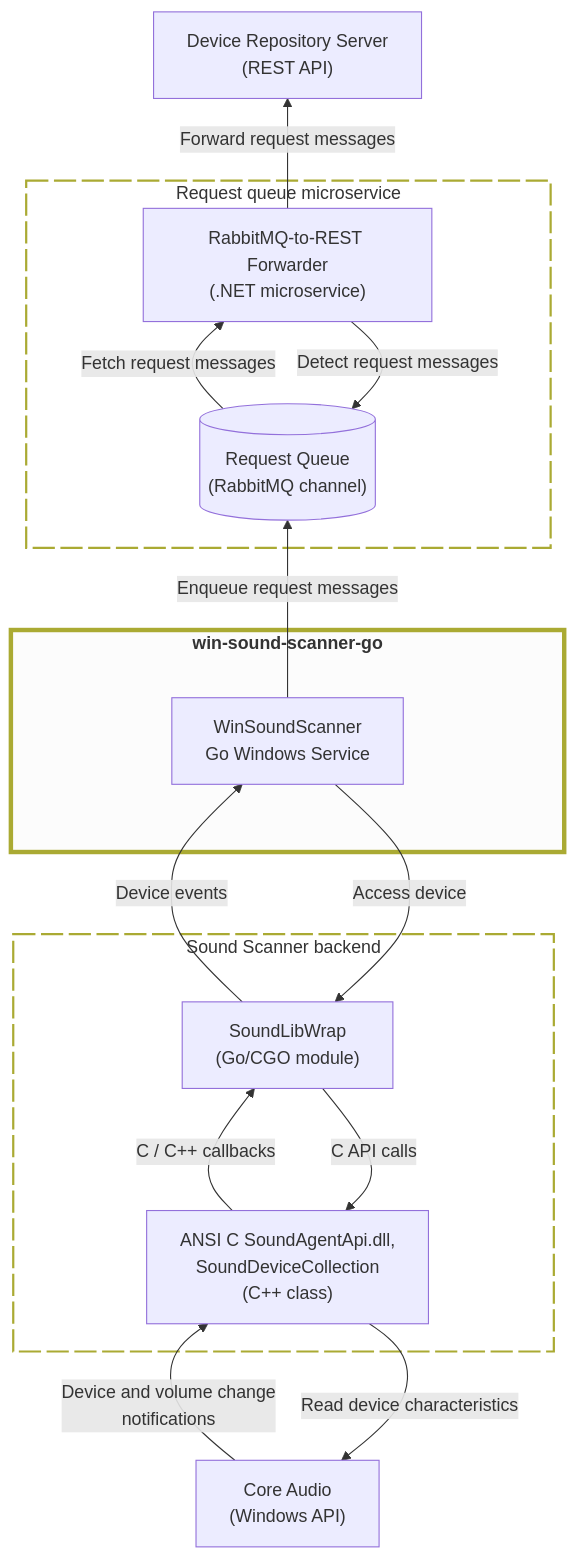
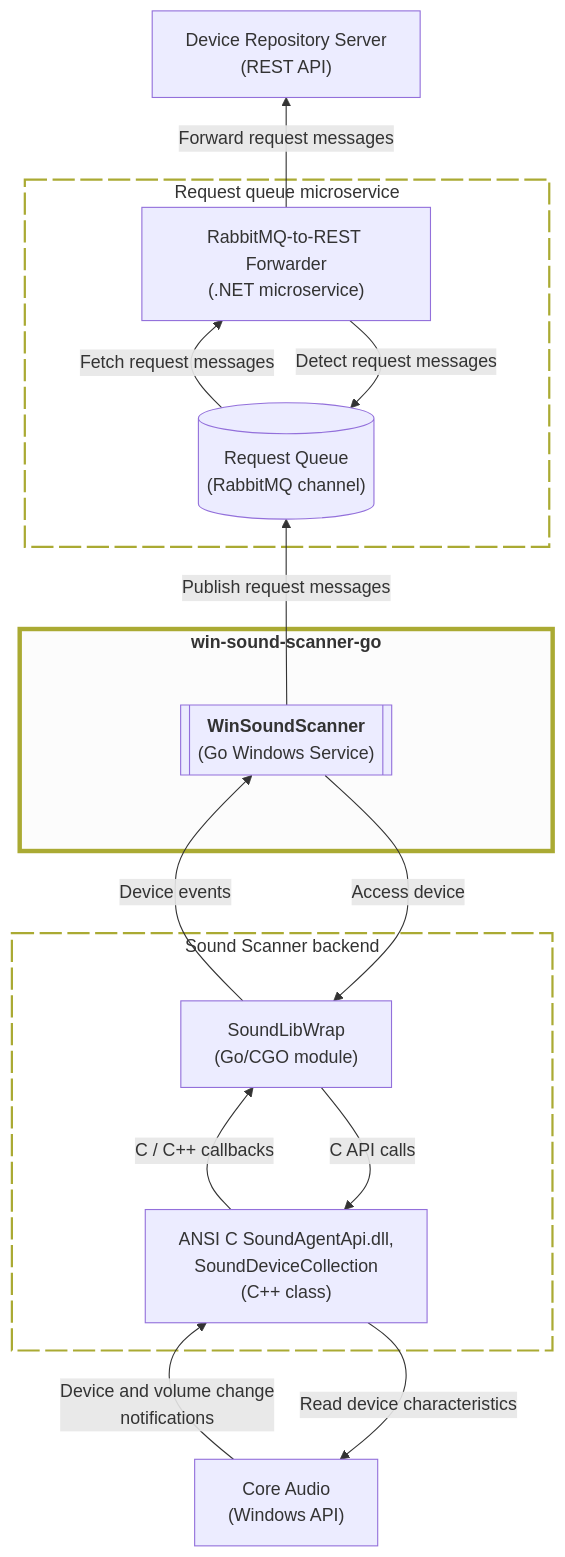
One commit to collect-sound-devices/win-sound-scanner-go changed the diagram in docs/module-interaction02.mmd. Above: the diagram before and after it, drawn with Mermaid. The commit also changed 1 other file, not shown here.

Commit message:
Minor update diagrams: Bold label, styling

```diff
--- a/docs/module-interaction02.mmd
+++ b/docs/module-interaction02.mmd
@@ -1,49 +1,49 @@
 flowchart BT
 
 classDef dottedBox fill:transparent,fill-opacity:0.55, stroke-dasharray:20 5,stroke-width:2px;
 classDef stressedBox fill:#f0f0f0,fill-opacity:0.2,stroke-width:4px;
 classDef invisibleNode fill:transparent,stroke:transparent;
 
 coreAudioApi["Core Audio<br>(Windows API)"]
 
 subgraph scannerBackend["Sound Scanner backend"]
     invisible3["<br><br><br><br><br>"]
     class invisible3 invisibleNode
     goCgoWrapper["SoundLibWrap<br>(Go/CGO module)"]
     soundAgentApiDll["ANSI C SoundAgentApi.dll,<br>SoundDeviceCollection<br>(C++ class)"]
     invisible4["<br><br><br><br><br>"]
     class invisible4 invisibleNode
 end
 class scannerBackend dottedBox
 
 coreAudioApi -->|Device and volume change<br>notifications| soundAgentApiDll
 soundAgentApiDll --> |Read device characteristics| coreAudioApi
 
 subgraph scannerService["<b>win-sound-scanner-go</b>"]
     invisible1["<br><br><br><br><br>"]
     class invisible1 invisibleNode
-    winSoundScannerService["WinSoundScanner<br>Go Windows Service"]
+    winSoundScannerService[["<b>WinSoundScanner</b><br>(Go Windows Service)"]]
     invisible2["<br><br><br><br><br>"]
     class invisible2 invisibleNode
 end
 class scannerService stressedBox
 
 subgraph requestQueueMicroservice["Request queue microservice"]
     requestQueue[("Request Queue<br>(RabbitMQ channel)")]
     rabbitMqRestForwarder["RabbitMQ-to-REST Forwarder<br>(.NET microservice)"]
 end
 class requestQueueMicroservice dottedBox
 
 deviceRepositoryApi["Device Repository Server<br>(REST API)"]
 
 winSoundScannerService --> |Access device| goCgoWrapper
 goCgoWrapper -->|Device events| winSoundScannerService
 
 goCgoWrapper --> |C API calls| soundAgentApiDll
 soundAgentApiDll -->|C / C++ callbacks| goCgoWrapper
 
-winSoundScannerService -->|Enqueue request messages| requestQueue
+winSoundScannerService -->|Publish request messages| requestQueue
 
 requestQueue -->|Fetch request messages| rabbitMqRestForwarder
 rabbitMqRestForwarder --> |Detect request messages| requestQueue
 rabbitMqRestForwarder -->|Forward request messages| deviceRepositoryApi
```
